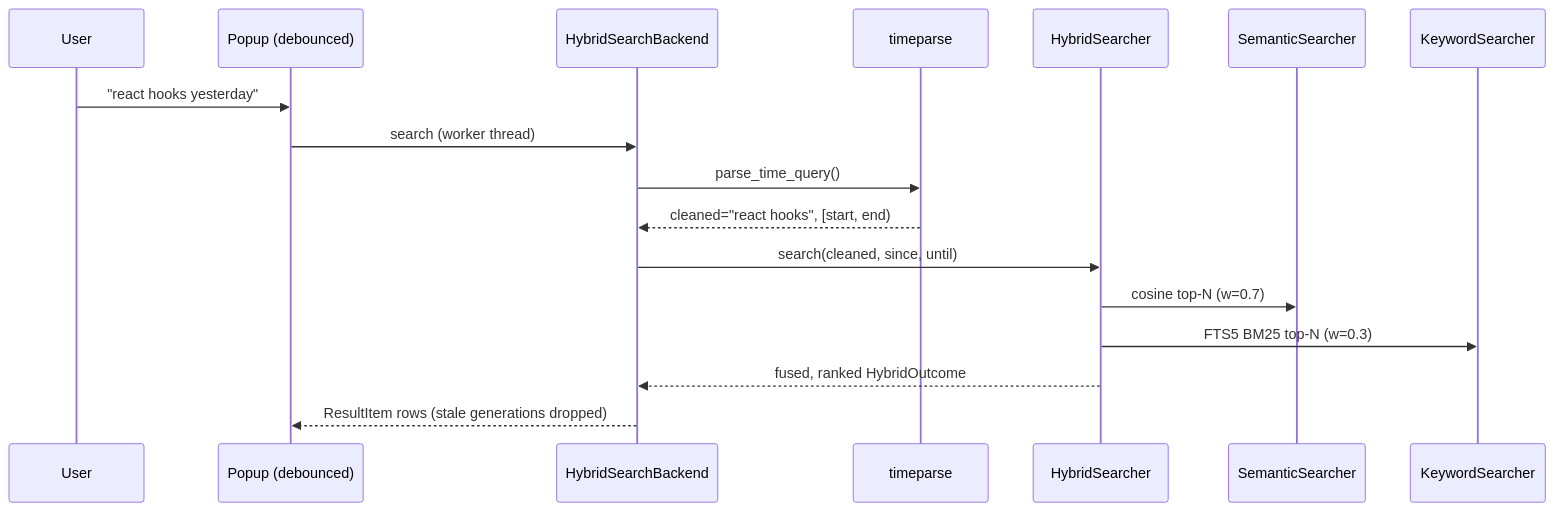
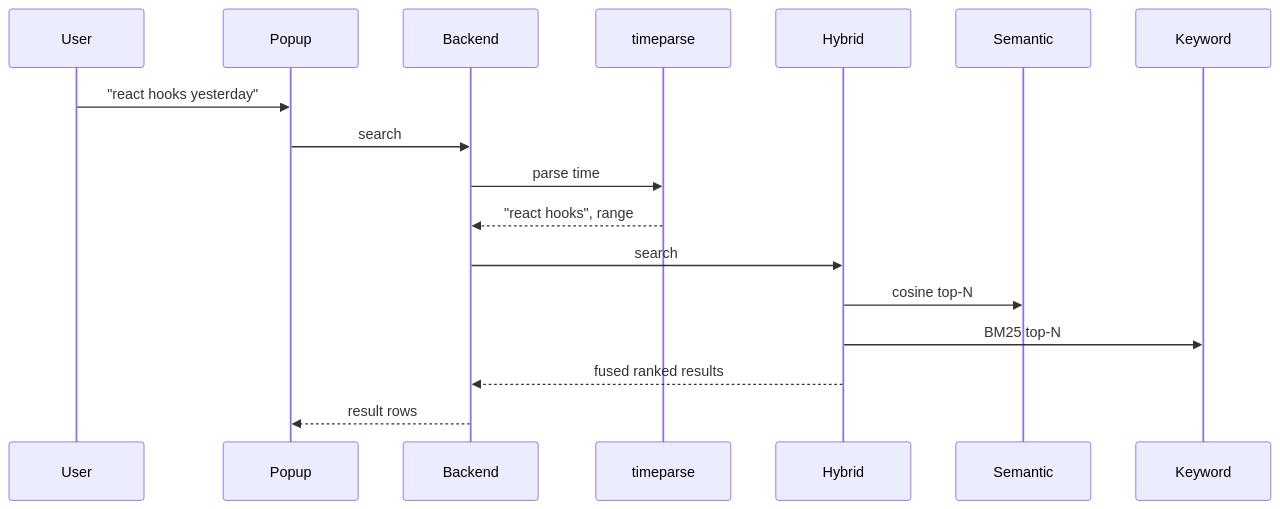
Before and after one commit to cnishanth-coder/clipmind: the second of 2 diagrams in README.md, drawn with Mermaid. The commit also changed other lines of this file, not shown here.

Commit message:
README: GitHub-safe diagrams, download instructions, accurate status

````diff
--- a/README.md
+++ b/README.md
@@ -155,19 +171,19 @@
 ```mermaid
 sequenceDiagram
     participant U as User
-    participant P as Popup (debounced)
-    participant B as HybridSearchBackend
+    participant P as Popup
+    participant B as Backend
     participant T as timeparse
-    participant H as HybridSearcher
-    participant S as SemanticSearcher
-    participant K as KeywordSearcher
+    participant H as Hybrid
+    participant S as Semantic
+    participant K as Keyword
     U->>P: "react hooks yesterday"
-    P->>B: search (worker thread)
-    B->>T: parse_time_query()
-    T-->>B: cleaned="react hooks", [start, end)
-    B->>H: search(cleaned, since, until)
-    H->>S: cosine top-N  (w=0.7)
-    H->>K: FTS5 BM25 top-N  (w=0.3)
-    H-->>B: fused, ranked HybridOutcome
-    B-->>P: ResultItem rows (stale generations dropped)
+    P->>B: search
+    B->>T: parse time
+    T-->>B: "react hooks", range
+    B->>H: search
+    H->>S: cosine top-N
+    H->>K: BM25 top-N
+    H-->>B: fused ranked results
+    B-->>P: result rows
 ```
````
